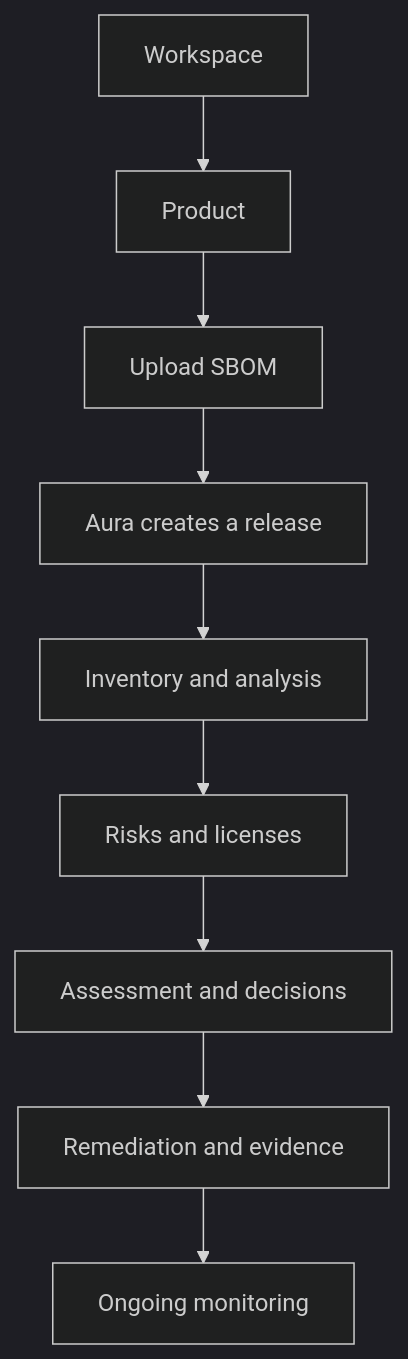
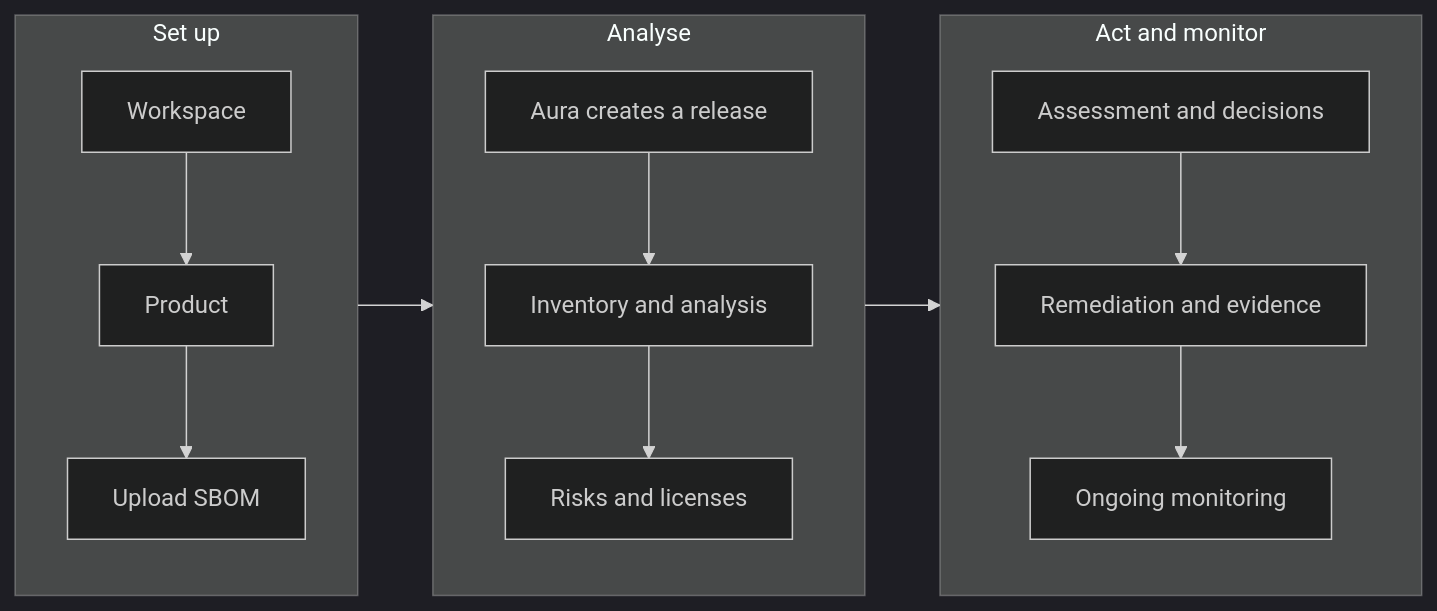
The diagram in src/content/docs/getting-started/how-aura-works.md (Linuscent/aura-help), drawn with Mermaid (dark theme) before and after one commit. The commit also changed 11 other files, not shown here.

Commit message:
docs: improve Mermaid workflow diagrams

````diff
--- a/src/content/docs/getting-started/how-aura-works.md
+++ b/src/content/docs/getting-started/how-aura-works.md
@@ -11,11 +11,17 @@
 ```mermaid
-flowchart TD
-    A[Workspace] --> B[Product]
-    B --> C[Upload SBOM]
-    C --> D[Aura creates a release]
-    D --> E[Inventory and analysis]
-    E --> F[Risks and licenses]
-    F --> G[Assessment and decisions]
-    G --> H[Remediation and evidence]
-    H --> I[Ongoing monitoring]
+flowchart LR
+    subgraph setup["Set up"]
+        direction TB
+        A[Workspace] --> B[Product] --> C[Upload SBOM]
+    end
+    subgraph analyse["Analyse"]
+        direction TB
+        D[Aura creates a release] --> E[Inventory and analysis] --> F[Risks and licenses]
+    end
+    subgraph respond["Act and monitor"]
+        direction TB
+        G[Assessment and decisions] --> H[Remediation and evidence] --> I[Ongoing monitoring]
+    end
+
+    setup --> analyse --> respond
 ```
````
